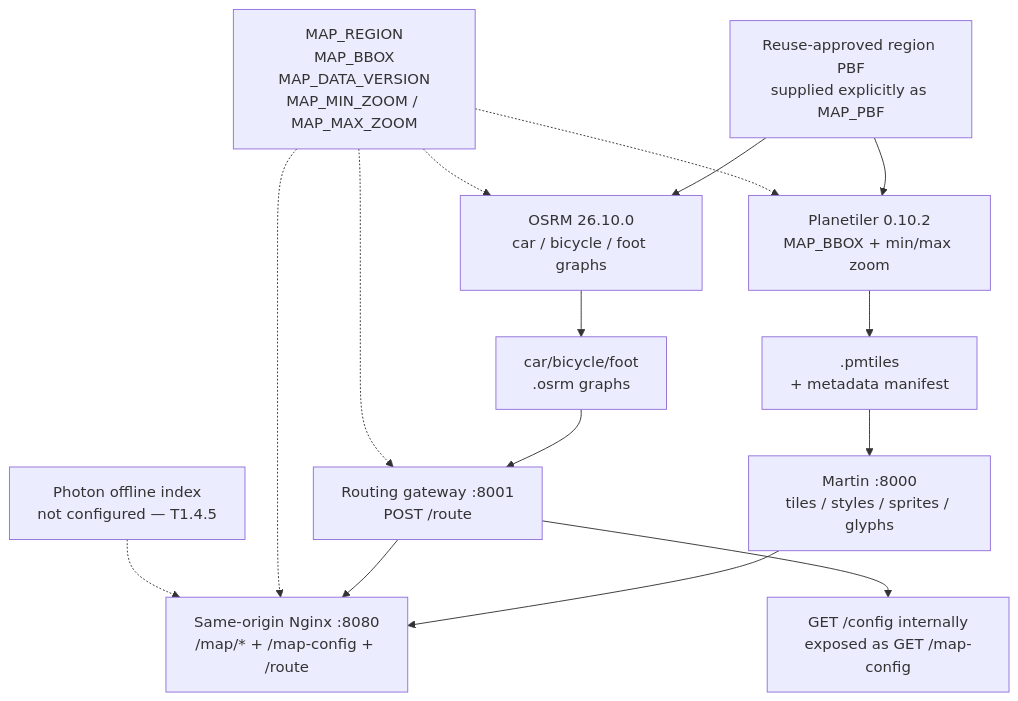
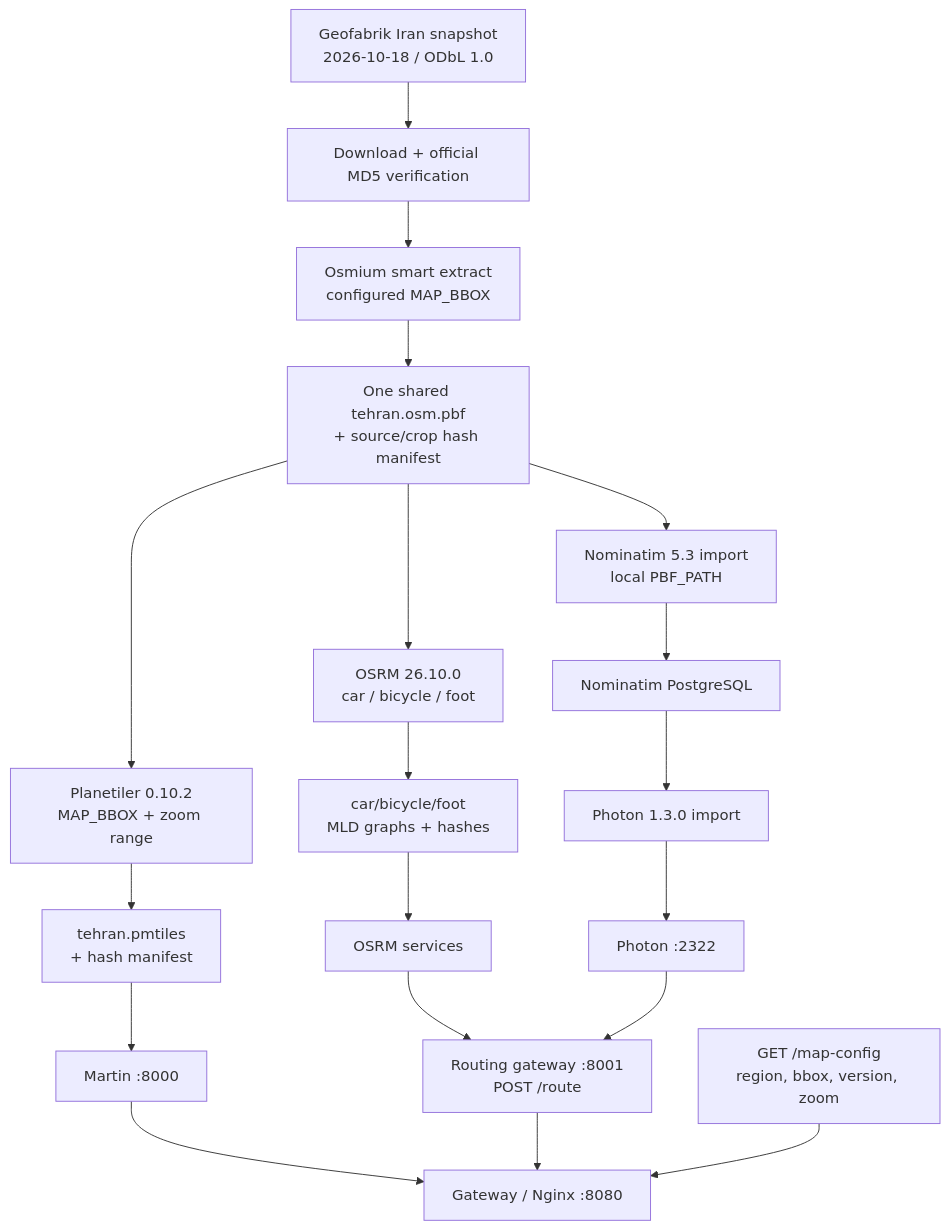
Before and after one commit to komeilm76/borobiya: the first of 3 diagrams in docs/DIAGRAMS/MAP_PIPELINE.md, drawn with Mermaid. The commit also changed other lines of this file and 26 other files, not shown here.

Commit message:
feat(map): add shared offline geodata and geocoding pipeline

````diff
--- a/docs/DIAGRAMS/MAP_PIPELINE.md
+++ b/docs/DIAGRAMS/MAP_PIPELINE.md
@@ -9,15 +9,22 @@
 ```mermaid
 flowchart TD
-  A[Reuse-approved region PBF<br/>supplied explicitly as MAP_PBF]
-  A --> B1[Planetiler 0.10.2<br/>MAP_BBOX + min/max zoom]
-  A --> B2[OSRM 26.10.0<br/>car / bicycle / foot graphs]
-  B1 --> C[<region>.pmtiles<br/>+ metadata manifest]
-  B2 --> D[car/bicycle/foot<br/><region>.osrm graphs]
-  C --> E[Martin :8000<br/>tiles / styles / sprites / glyphs]
-  D --> F[Routing gateway :8001<br/>POST /route]
-  E --> G[Same-origin Nginx :8080<br/>/map/* + /map-config + /route]
-  F --> G
-  H[MAP_REGION<br/>MAP_BBOX<br/>MAP_DATA_VERSION<br/>MAP_MIN_ZOOM / MAP_MAX_ZOOM] -.-> B1 & B2 & F & G
-  F --> I[GET /config internally<br/>exposed as GET /map-config]
-  J[Photon offline index<br/>not configured — T1.4.5] -.-> G
+  A[Geofabrik Iran snapshot<br/>2026-10-18 / ODbL 1.0]
+  A --> B[Download + official MD5 verification]
+  B --> C[Osmium smart extract<br/>configured MAP_BBOX]
+  C --> D[One shared tehran.osm.pbf<br/>+ source/crop hash manifest]
+  D --> E1[Planetiler 0.10.2<br/>MAP_BBOX + zoom range]
+  D --> E2[OSRM 26.10.0<br/>car / bicycle / foot]
+  D --> E3[Nominatim 5.3 import<br/>local PBF_PATH]
+  E1 --> F1[tehran.pmtiles<br/>+ hash manifest]
+  E2 --> F2[car/bicycle/foot<br/>MLD graphs + hashes]
+  E3 --> G1[Nominatim PostgreSQL]
+  G1 --> G2[Photon 1.3.0 import]
+  F1 --> H[Martin :8000]
+  F2 --> I[OSRM services]
+  G2 --> J[Photon :2322]
+  H --> K[Gateway / Nginx :8080]
+  I --> L[Routing gateway :8001<br/>POST /route]
+  J --> L
+  L --> K
+  M[GET /map-config<br/>region, bbox, version, zoom] --> K
 ```
````
